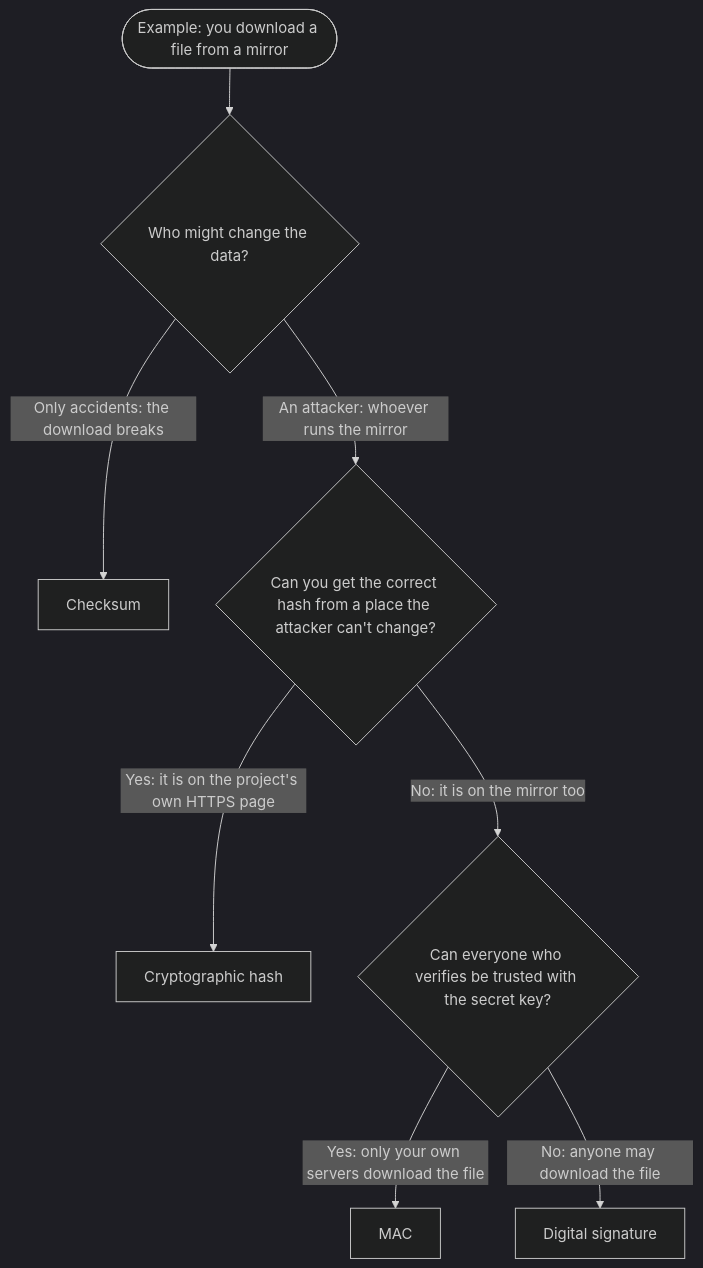
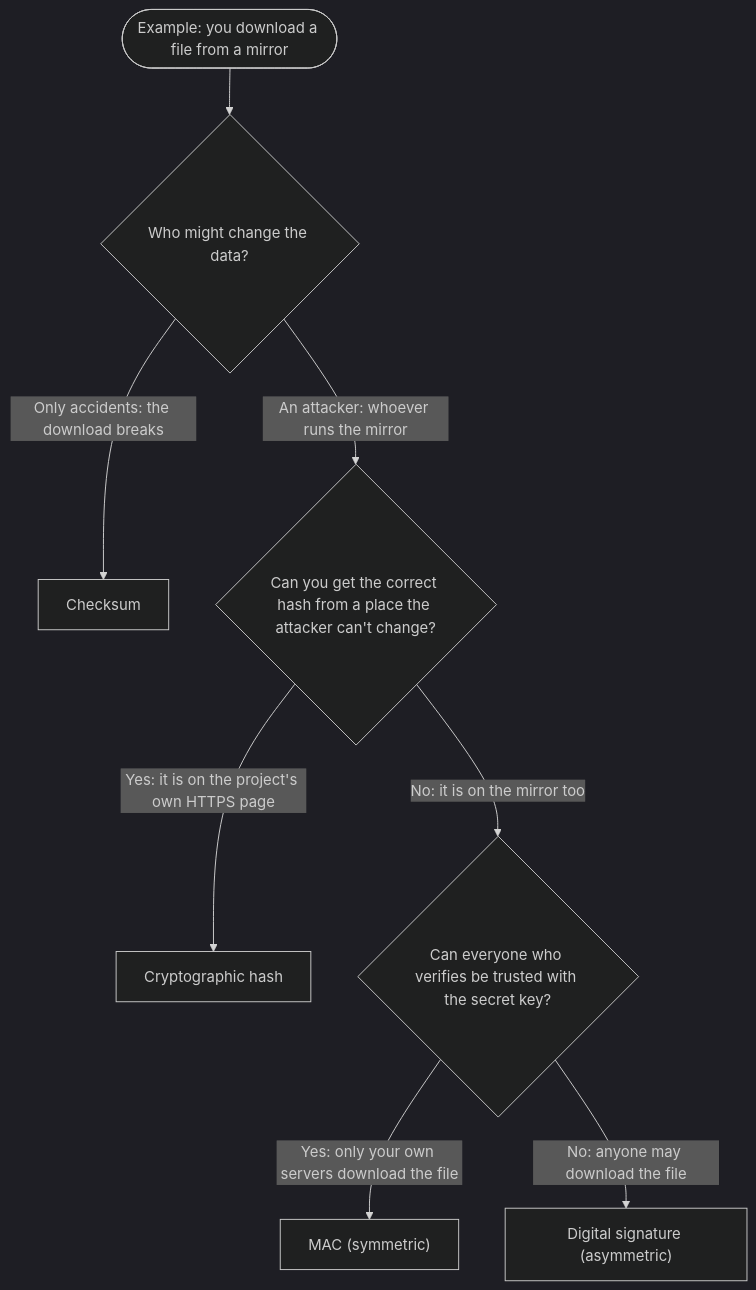
Before and after one commit to fsw0422/sd-handbook: the second of 11 diagrams in cheatsheets/cryptography.md, drawn with Mermaid (dark theme). The commit also changed other lines of this file, not shown here.

First line of the commit message:
docs: show how a hash, a MAC, and a signature work

````diff
--- a/cheatsheets/cryptography.md
+++ b/cheatsheets/cryptography.md
@@ -126,10 +126,10 @@
 ```mermaid
 flowchart TD
     S(["Example: you download a file from a mirror"]) --> Q1{"Who might change the data?"}
     Q1 -->|"Only accidents: the download breaks"| C["Checksum"]
     Q1 -->|"An attacker: whoever runs the mirror"| Q2{"Can you get the correct hash from a place the attacker can't change?"}
     Q2 -->|"Yes: it is on the project's own HTTPS page"| H["Cryptographic hash"]
     Q2 -->|"No: it is on the mirror too"| Q3{"Can everyone who verifies be trusted with the secret key?"}
-    Q3 -->|"Yes: only your own servers download the file"| M["MAC"]
-    Q3 -->|"No: anyone may download the file"| SG["Digital signature"]
+    Q3 -->|"Yes: only your own servers download the file"| M["MAC (symmetric)"]
+    Q3 -->|"No: anyone may download the file"| SG["Digital signature (asymmetric)"]
 ```
````
